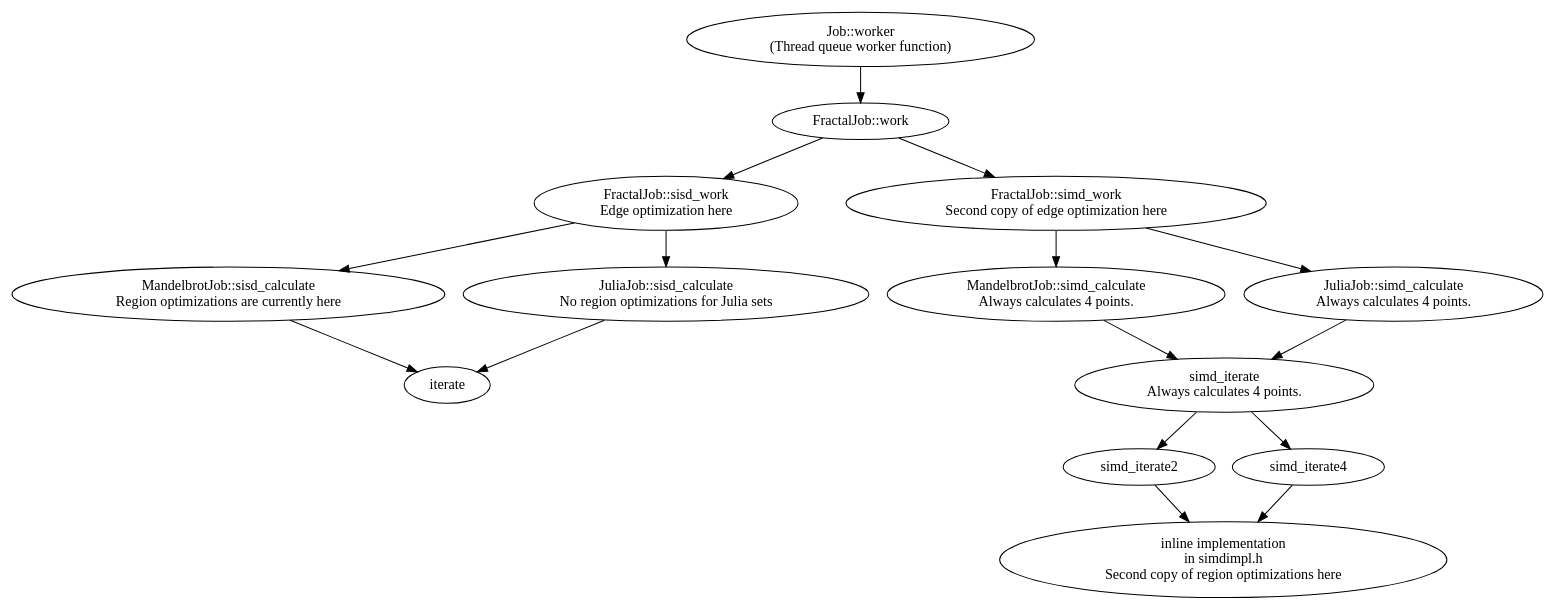
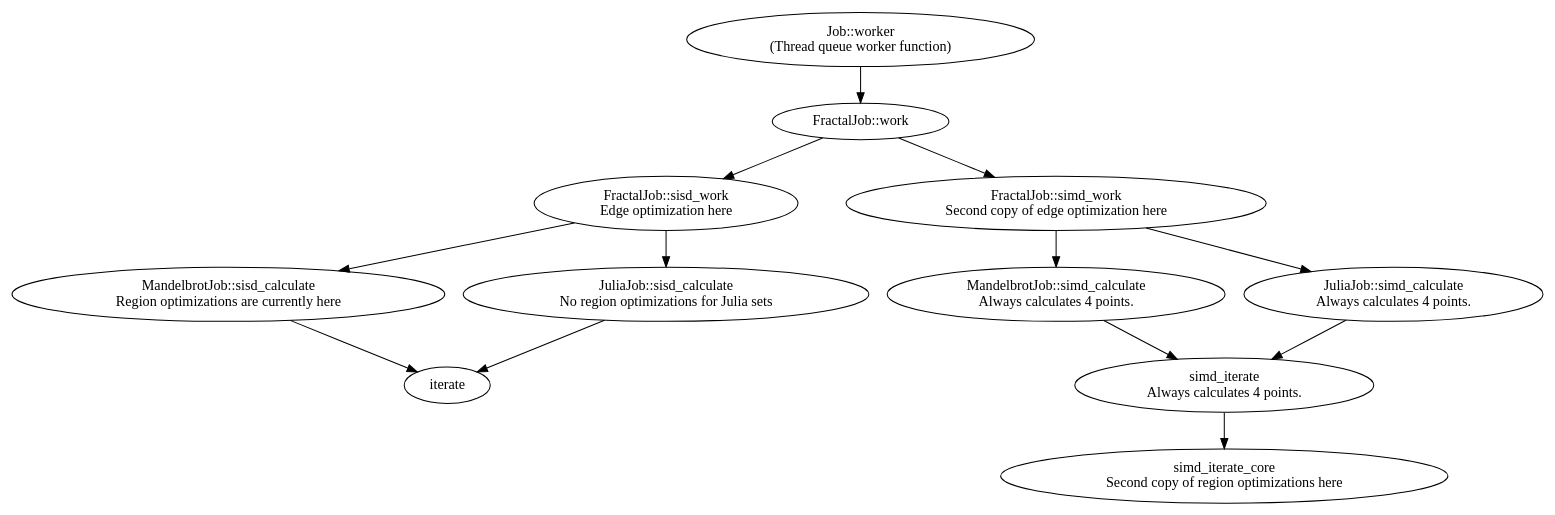
One commit to ewxrjk/mandy changed the diagram in lib/calltree.dot. Above: the diagram before and after it, drawn with Graphviz. The commit also changed 6 other files, not shown here.

```diff
--- a/lib/calltree.dot
+++ b/lib/calltree.dot
@@ -1,39 +1,36 @@
 digraph calltree {
 
   Job_worker -> FractalJob_work;
   Job_worker[label="Job::worker\n(Thread queue worker function)"];
 
   FractalJob_work -> FractalJob_sisd_work;
   FractalJob_work -> FractalJob_simd_work;
   FractalJob_work[label="FractalJob::work"];
 
   FractalJob_sisd_work -> MandelbrotJob_sisd_calculate;
   FractalJob_sisd_work -> JuliaJob_sisd_calculate;
   FractalJob_sisd_work[label="FractalJob::sisd_work\nEdge optimization here"];
   # The design is wrong; edge optimization should be in FractalJob::work.
 
   FractalJob_simd_work -> MandelbrotJob_simd_calculate;
   FractalJob_simd_work -> JuliaJob_simd_calculate;
   FractalJob_simd_work[label="FractalJob::simd_work\nSecond copy of edge optimization here"];
 
   MandelbrotJob_sisd_calculate -> iterate;
   MandelbrotJob_sisd_calculate[label="MandelbrotJob::sisd_calculate\nRegion optimizations are currently here"];
 
   MandelbrotJob_simd_calculate -> simd_iterate;
   MandelbrotJob_simd_calculate[label="MandelbrotJob::simd_calculate\nAlways calculates 4 points."];
 
   JuliaJob_sisd_calculate -> iterate;
   JuliaJob_sisd_calculate[label="JuliaJob::sisd_calculate\nNo region optimizations for Julia sets"];
 
   JuliaJob_simd_calculate -> simd_iterate;
   JuliaJob_simd_calculate[label="JuliaJob::simd_calculate\nAlways calculates 4 points."];
 
-  simd_iterate -> simd_iterate2;
-  simd_iterate -> simd_iterate4;
+  simd_iterate -> simd_iterate_core;
   simd_iterate[label="simd_iterate\nAlways calculates 4 points."];
 
-  simd_iterate2 -> simdimpl_h;
-  simd_iterate4 -> simdimpl_h;
-  simdimpl_h[label="inline implementation\nin simdimpl.h\nSecond copy of region optimizations here"];
+  simd_iterate_core[label="simd_iterate_core\nSecond copy of region optimizations here"];
   
 }
```
